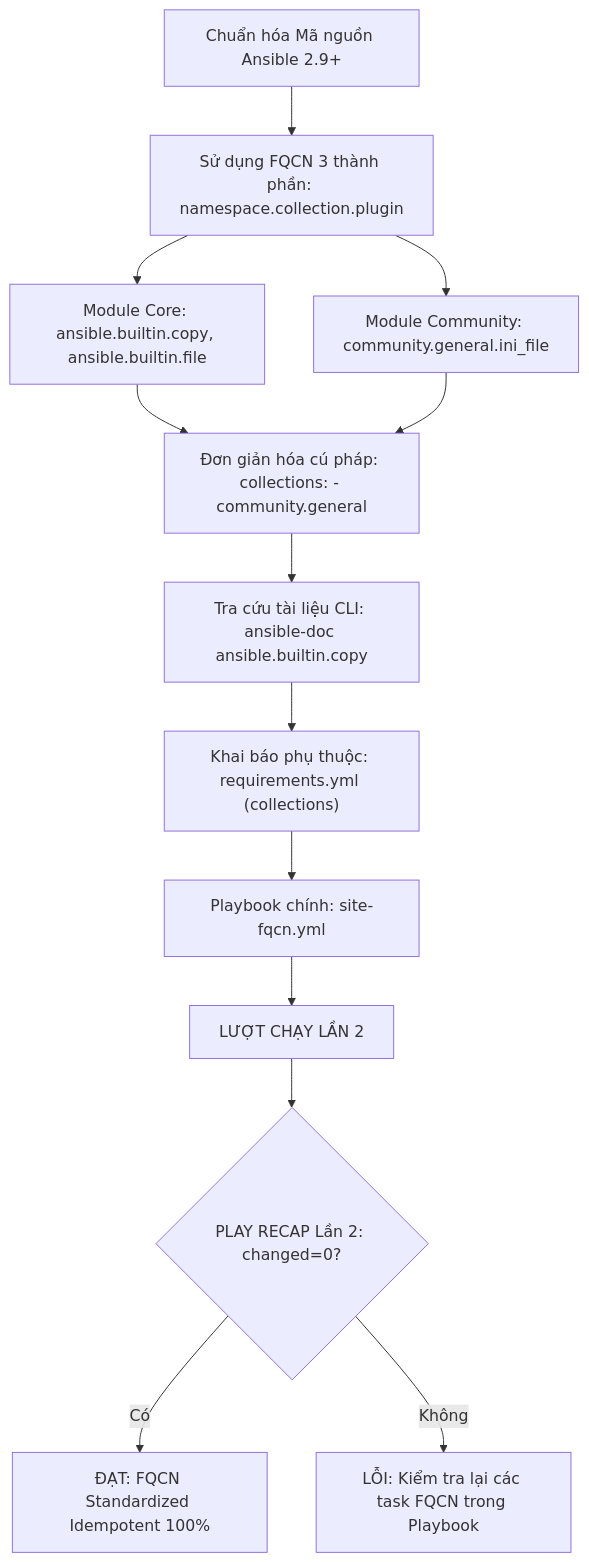
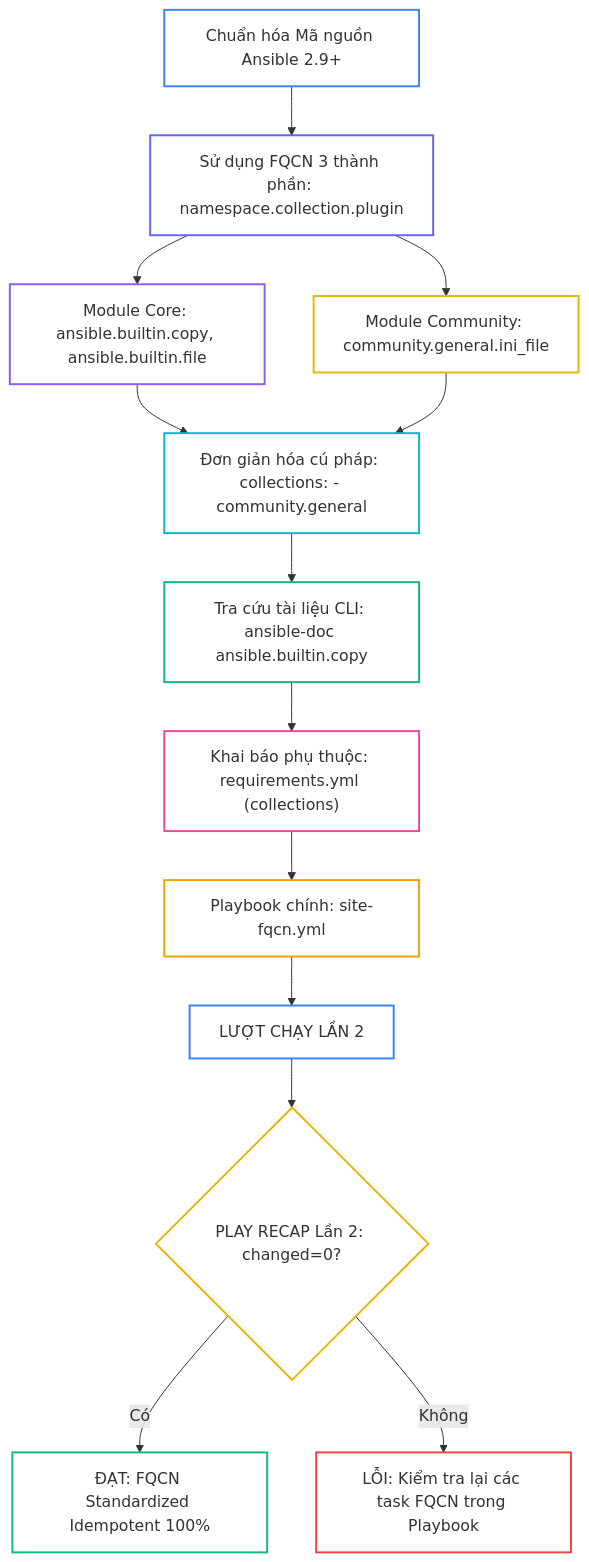
The second of 3 diagrams in _posts/2026-09-13-ansible-17-17-collections-fqcn.md (kiennt308/ntk), drawn with Mermaid before and after one commit. The commit also changed other lines of this file and 30 other files, not shown here.

````diff
--- a/_posts/2026-09-13-ansible-17-17-collections-fqcn.md
+++ b/_posts/2026-09-13-ansible-17-17-collections-fqcn.md
@@ -325,19 +335,32 @@
 ```mermaid
 flowchart TD
     A["Chuẩn hóa Mã nguồn Ansible 2.9+"] --> B["Sử dụng FQCN 3 thành phần: namespace.collection.plugin"]
     
     B --> C["Module Core: ansible.builtin.copy, ansible.builtin.file"]
     B --> D["Module Community: community.general.ini_file"]
     
     C --> E["Đơn giản hóa cú pháp: collections: - community.general"]
     D --> E
     
     E --> F["Tra cứu tài liệu CLI: ansible-doc ansible.builtin.copy"]
     F --> G["Khai báo phụ thuộc: requirements.yml (collections)"]
     
     G --> H["Playbook chính: site-fqcn.yml"]
     H --> I["LƯỢT CHẠY LẦN 2"]
     I --> J{"PLAY RECAP Lần 2: changed=0?"}
-    J -- Có --> K["ĐẠT: FQCN Standardized Idempotent 100%"]
-    J -- Không --> L["LỖI: Kiểm tra lại các task FQCN trong Playbook"]
+    J -->|"Có"| K["ĐẠT: FQCN Standardized Idempotent 100%"]
+    J -->|"Không"| L["LỖI: Kiểm tra lại các task FQCN trong Playbook"]
+
+    style A fill:none,stroke:#3b82f6,stroke-width:2px
+    style B fill:none,stroke:#6366f1,stroke-width:2px
+    style C fill:none,stroke:#8b5cf6,stroke-width:2px
+    style D fill:none,stroke:#eab308,stroke-width:2px
+    style E fill:none,stroke:#06b6d4,stroke-width:2px
+    style F fill:none,stroke:#10b981,stroke-width:2px
+    style G fill:none,stroke:#ec4899,stroke-width:2px
+    style H fill:none,stroke:#f59e0b,stroke-width:2px
+    style I fill:none,stroke:#3b82f6,stroke-width:2px
+    style J fill:none,stroke:#eab308,stroke-width:2px
+    style K fill:none,stroke:#10b981,stroke-width:2px
+    style L fill:none,stroke:#ef4444,stroke-width:2px
 ```
````
